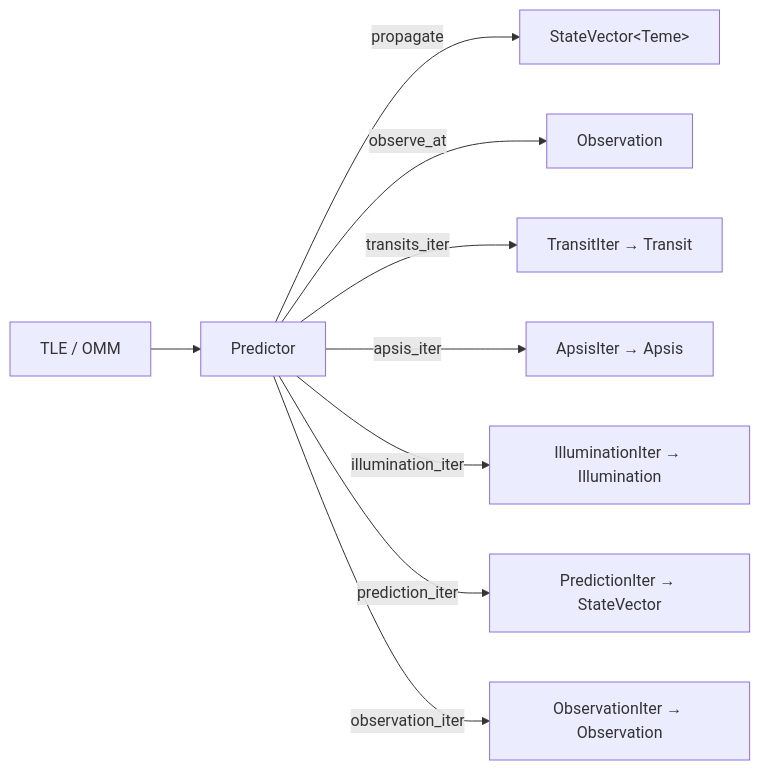
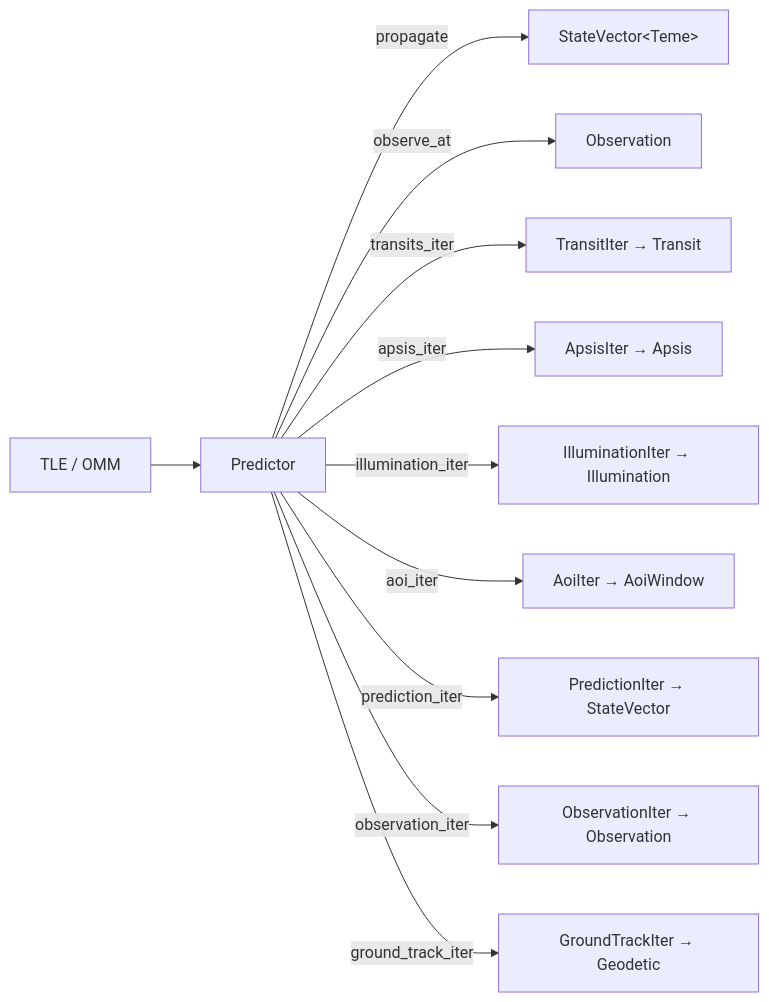
Before and after one commit to steg87/sgp4-predict: the second of 2 diagrams in docs/architecture.md, drawn with Mermaid. The commit also changed other lines of this file and 12 other files, not shown here.

````diff
--- a/docs/architecture.md
+++ b/docs/architecture.md
@@ -51,11 +56,13 @@
 ```mermaid
 flowchart LR
     TLE["TLE / OMM"] --> Predictor
     Predictor -->|propagate| SV["StateVector&lt;Teme&gt;"]
     Predictor -->|observe_at| Obs["Observation"]
     Predictor -->|transits_iter| TI["TransitIter → Transit"]
     Predictor -->|apsis_iter| AI["ApsisIter → Apsis"]
     Predictor -->|illumination_iter| II["IlluminationIter → Illumination"]
+    Predictor -->|aoi_iter| QI["AoiIter → AoiWindow"]
     Predictor -->|prediction_iter| PI["PredictionIter → StateVector"]
     Predictor -->|observation_iter| OI["ObservationIter → Observation"]
+    Predictor -->|ground_track_iter| GI["GroundTrackIter → Geodetic"]
 ```
````
